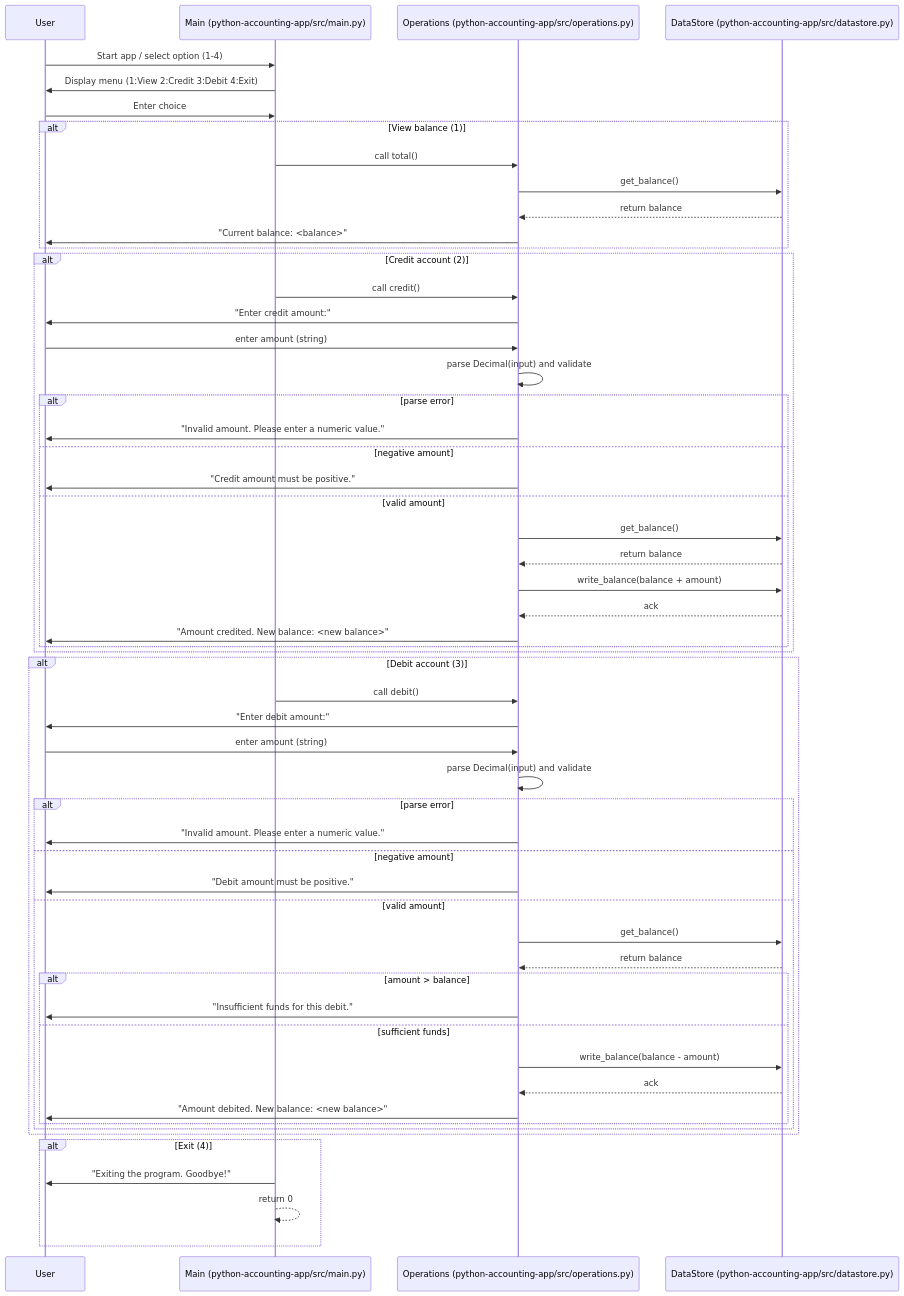
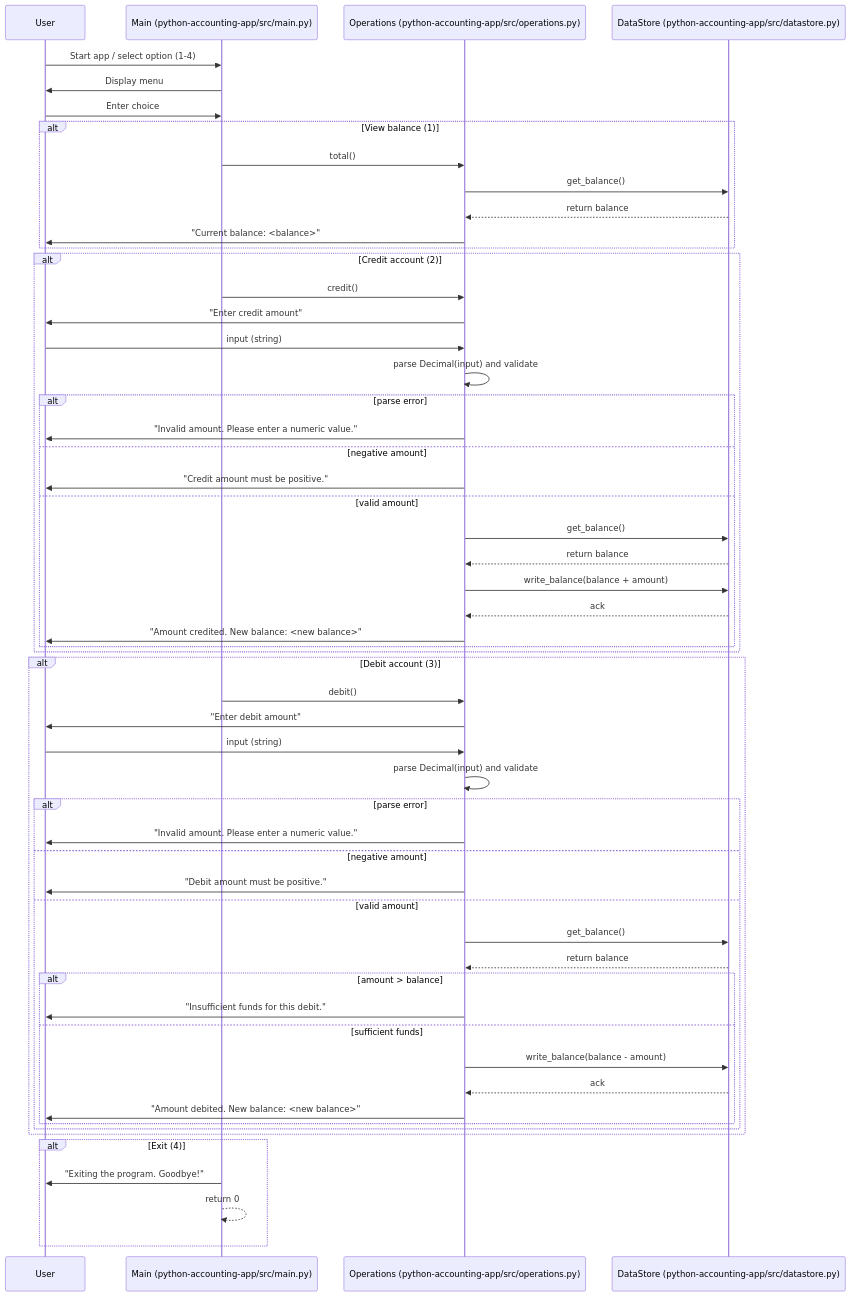
One commit to Fylga/legacy_code-bootstrap changed the diagram in DIAGRAM.md. Above: the diagram before and after it, drawn with Mermaid.

Commit message:
fix: updated the architecture

````diff
--- a/DIAGRAM.md
+++ b/DIAGRAM.md
@@ -1,63 +1,63 @@
 ```mermaid
 sequenceDiagram
     participant User
     participant Main as Main (python-accounting-app/src/main.py)
     participant Ops as Operations (python-accounting-app/src/operations.py)
     participant Store as DataStore (python-accounting-app/src/datastore.py)
 
     User->>Main: Start app / select option (1-4)
-    Main->>User: Display menu (1:View 2:Credit 3:Debit 4:Exit)
+    Main->>User: Display menu
     User->>Main: Enter choice
 
     alt View balance (1)
-        Main->>Ops: call total()
+        Main->>Ops: total()
         Ops->>Store: get_balance()
         Store-->>Ops: return balance
         Ops->>User: "Current balance: <balance>"
     end
 
     alt Credit account (2)
-        Main->>Ops: call credit()
-        Ops->>User: "Enter credit amount:"
-        User->>Ops: enter amount (string)
+        Main->>Ops: credit()
+        Ops->>User: "Enter credit amount"
+        User->>Ops: input (string)
         Ops->>Ops: parse Decimal(input) and validate
         alt parse error
             Ops->>User: "Invalid amount. Please enter a numeric value."
         else negative amount
             Ops->>User: "Credit amount must be positive."
         else valid amount
             Ops->>Store: get_balance()
             Store-->>Ops: return balance
             Ops->>Store: write_balance(balance + amount)
             Store-->>Ops: ack
             Ops->>User: "Amount credited. New balance: <new balance>"
         end
     end
 
     alt Debit account (3)
-        Main->>Ops: call debit()
-        Ops->>User: "Enter debit amount:"
-        User->>Ops: enter amount (string)
+        Main->>Ops: debit()
+        Ops->>User: "Enter debit amount"
+        User->>Ops: input (string)
         Ops->>Ops: parse Decimal(input) and validate
         alt parse error
             Ops->>User: "Invalid amount. Please enter a numeric value."
         else negative amount
             Ops->>User: "Debit amount must be positive."
         else valid amount
             Ops->>Store: get_balance()
             Store-->>Ops: return balance
             alt amount > balance
                 Ops->>User: "Insufficient funds for this debit."
             else sufficient funds
                 Ops->>Store: write_balance(balance - amount)
                 Store-->>Ops: ack
                 Ops->>User: "Amount debited. New balance: <new balance>"
             end
         end
     end
 
     alt Exit (4)
         Main->>User: "Exiting the program. Goodbye!"
         Main-->>Main: return 0
     end
 ```
````
